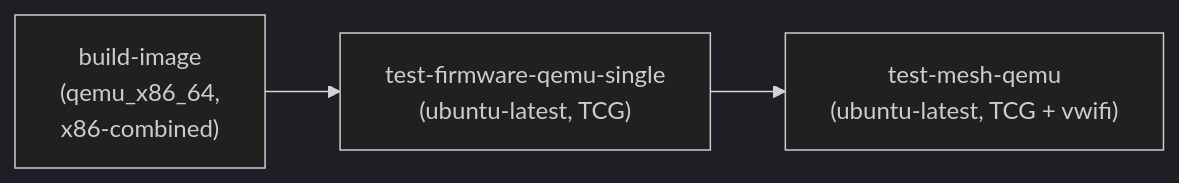
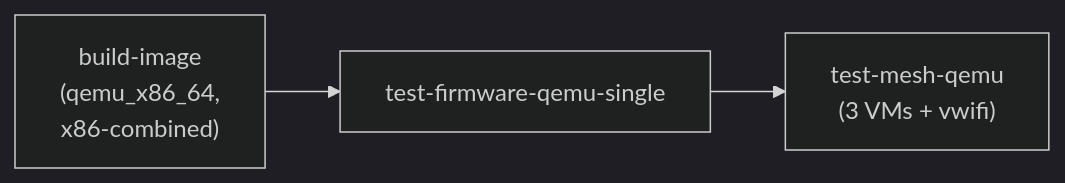
The third of 4 diagrams in docs/ci/firmware-build.md (libremesh/lime-packages), drawn with Mermaid (dark theme) before and after one commit. The commit also changed other lines of this file and 1 other file, not shown here.

````diff
--- a/docs/ci/firmware-build.md
+++ b/docs/ci/firmware-build.md
@@ -294,9 +210,8 @@
 ```mermaid
 flowchart LR
   buildImg["build-image<br/>(qemu_x86_64,<br/>x86-combined)"]
-  qSingle["test-firmware-qemu-single<br/>(ubuntu-latest, TCG)"]
-  qMesh["test-mesh-qemu<br/>(ubuntu-latest, TCG + vwifi)"]
+  qSingle[test-firmware-qemu-single]
+  qMesh["test-mesh-qemu<br/>(3 VMs + vwifi)"]
 
-  buildImg --> qSingle
-  qSingle --> qMesh
+  buildImg --> qSingle --> qMesh
 ```
````
